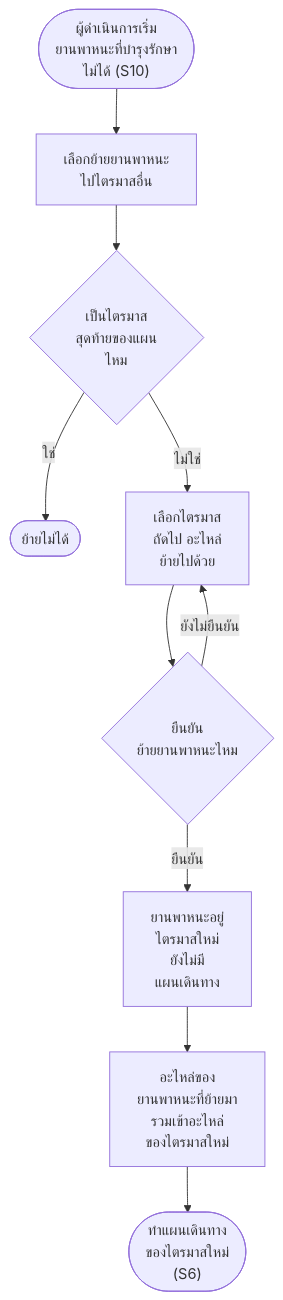
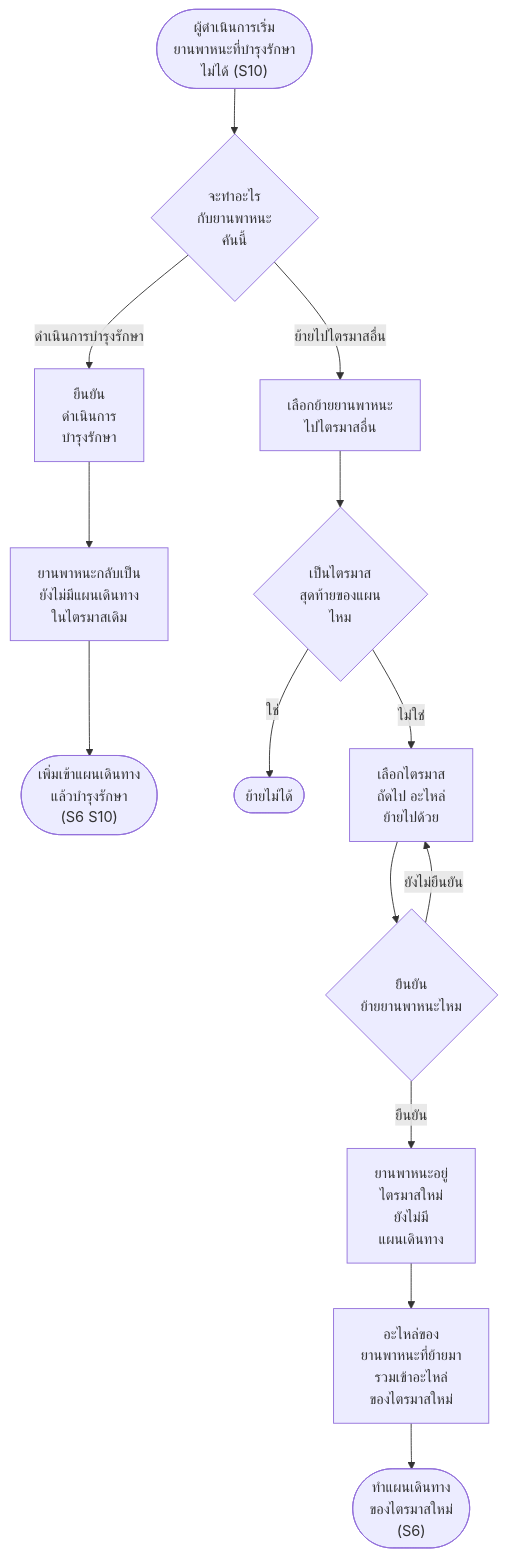
Diagram 13 of 17 in Diagram/01-บำรุงรักษาตามวาระ/27-บำรุงรักษา-flowchart-กิจกรรม.md (anugmail/Maintenance-Request-Form), drawn with Mermaid before and after one commit. The commit also changed 6 other files, not shown here.

First line of the commit message:
บำรุงรักษา: S25 เมนู … มี ดำเนินการบำรุงรักษา + ย้ายไปไตรมาสอื่น · ดำเนินการบำรุงรักษา = กลับเป็นยังไม่มีแผนเดินทางในไตรมาสเดิม (X.11 X.12)

````diff
--- a/Diagram/01-บำรุงรักษาตามวาระ/27-บำรุงรักษา-flowchart-กิจกรรม.md
+++ b/Diagram/01-บำรุงรักษาตามวาระ/27-บำรุงรักษา-flowchart-กิจกรรม.md
@@ -288,12 +288,16 @@
 ```mermaid
 flowchart TD
-    S(["ผู้ดำเนินการเริ่ม<br/>ยานพาหนะที่บำรุงรักษา<br/>ไม่ได้ (S10)"]) --> A1["เลือกย้ายยานพาหนะ<br/>ไปไตรมาสอื่น"]
+    S(["ผู้ดำเนินการเริ่ม<br/>ยานพาหนะที่บำรุงรักษา<br/>ไม่ได้ (S10)"]) --> Q0{"จะทำอะไร<br/>กับยานพาหนะ<br/>คันนี้"}
+    Q0 -->|ดำเนินการบำรุงรักษา| B1["ยืนยัน<br/>ดำเนินการ<br/>บำรุงรักษา"]
+    B1 --> B2["ยานพาหนะกลับเป็น<br/>ยังไม่มีแผนเดินทาง<br/>ในไตรมาสเดิม"]
+    B2 --> E3(["เพิ่มเข้าแผนเดินทาง<br/>แล้วบำรุงรักษา<br/>(S6 S10)"])
+    Q0 -->|ย้ายไปไตรมาสอื่น| A1["เลือกย้ายยานพาหนะ<br/>ไปไตรมาสอื่น"]
     A1 --> Q1{"เป็นไตรมาส<br/>สุดท้ายของแผน<br/>ไหม"}
     Q1 -->|ใช่| E1(["ย้ายไม่ได้"])
     Q1 -->|ไม่ใช่| A2["เลือกไตรมาส<br/>ถัดไป อะไหล่<br/>ย้ายไปด้วย"]
     A2 --> Q2{"ยืนยัน<br/>ย้ายยานพาหนะไหม"}
     Q2 -->|ยังไม่ยืนยัน| A2
     Q2 -->|ยืนยัน| A3["ยานพาหนะอยู่<br/>ไตรมาสใหม่<br/>ยังไม่มี<br/>แผนเดินทาง"]
     A3 --> A4["อะไหล่ของ<br/>ยานพาหนะที่ย้ายมา<br/>รวมเข้าอะไหล่<br/>ของไตรมาสใหม่"]
     A4 --> E2(["ทำแผนเดินทาง<br/>ของไตรมาสใหม่<br/>(S6)"])
 ```
````
